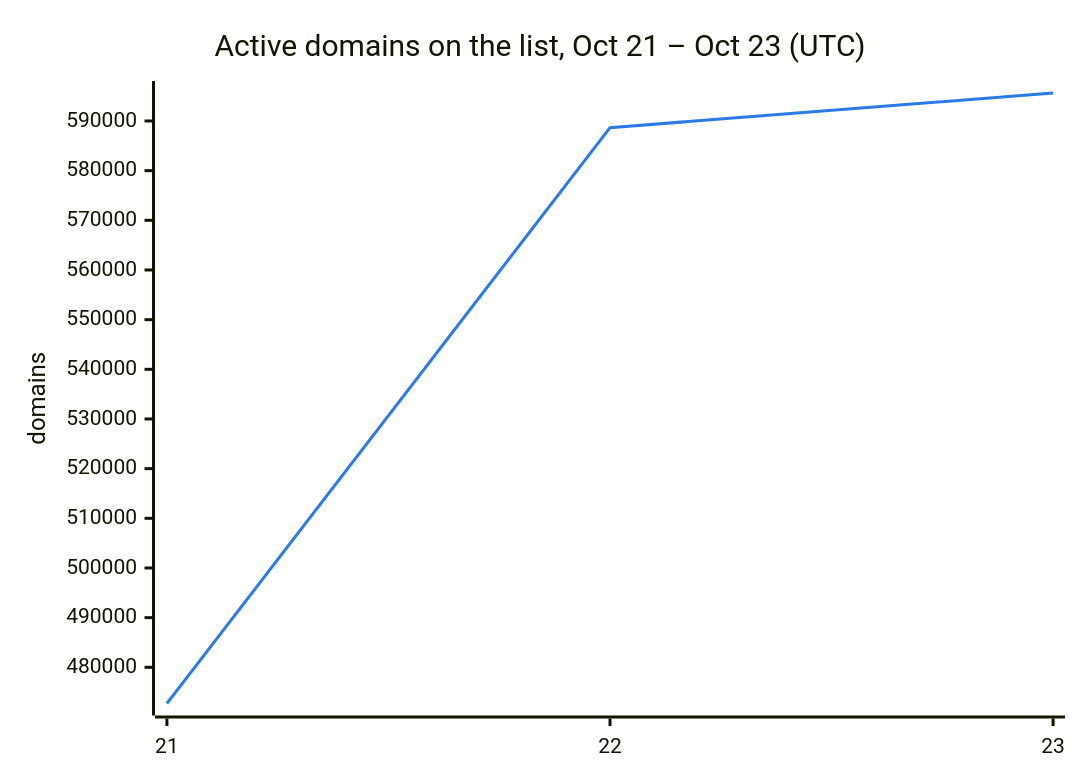
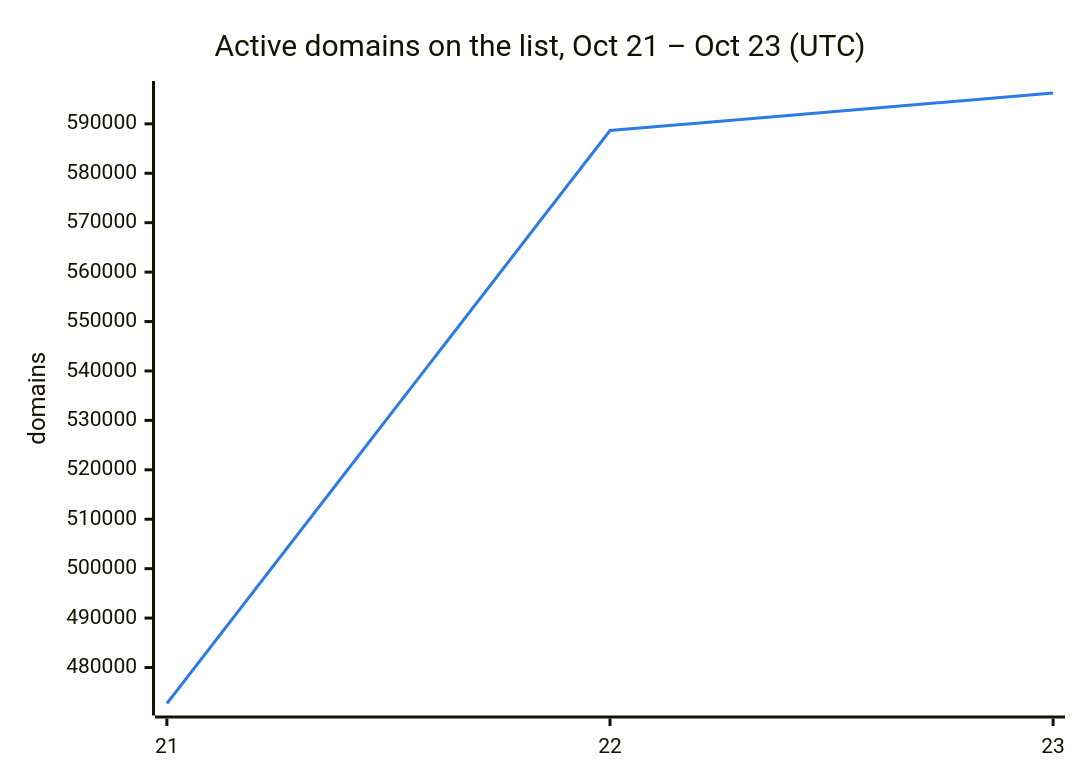
Before and after one commit to DNSBunker/CTI: the second of 3 diagrams in README.md, drawn with Mermaid. The commit also changed other lines of this file and 3 other files, not shown here.

````diff
--- a/README.md
+++ b/README.md
@@ -38,8 +38,8 @@
 ```mermaid
 %%{init: {"themeVariables": {"xyChart": {"plotColorPalette": "#2c7be5"}}}}%%
 xychart-beta
     title "Active domains on the list, Oct 21 – Oct 23 (UTC)"
     x-axis ["21", "22", "23"]
     y-axis "domains"
-    line [472713, 588659, 595635]
+    line [472713, 588659, 596243]
 ```
````
